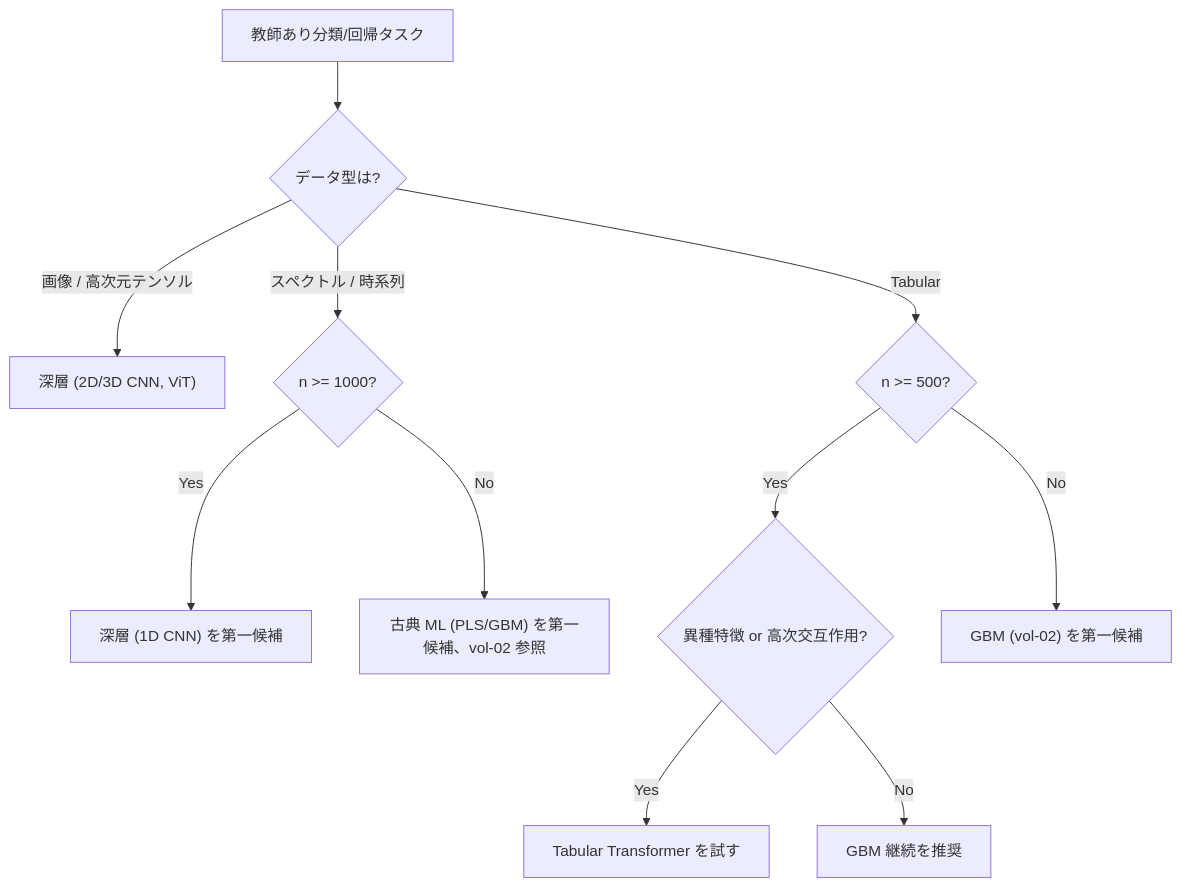
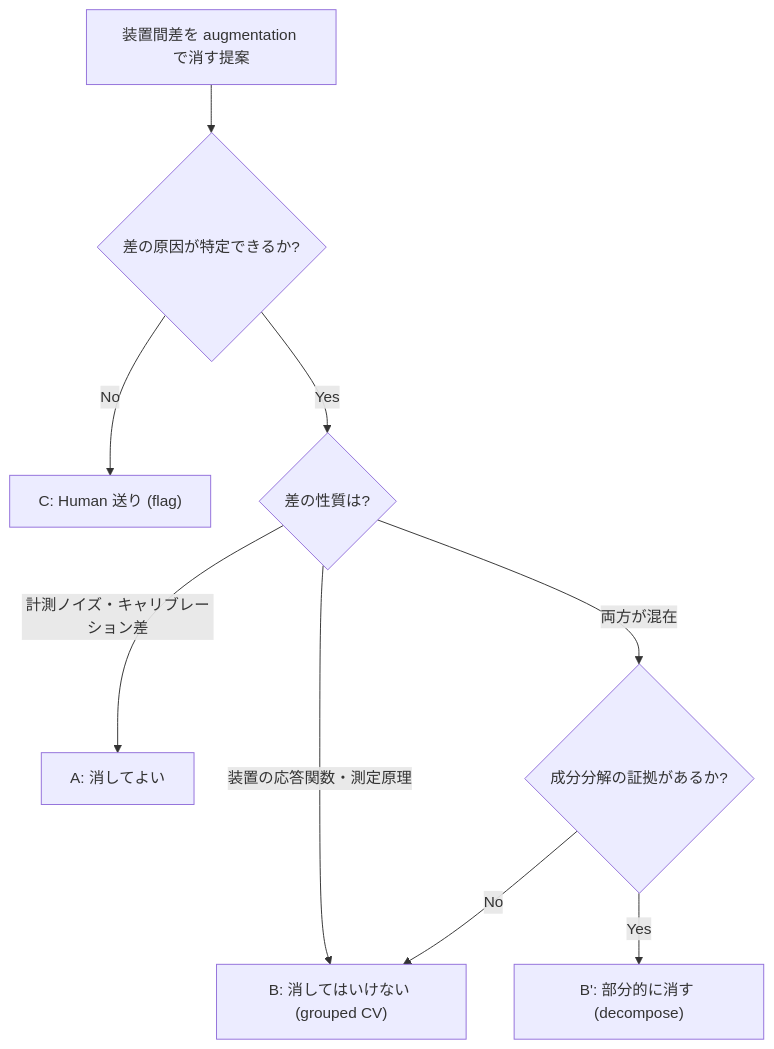
The diagram in papers/vol-03/chapter-06.md (nahisaho/ARIMAgentDataAnalysisBook), drawn with Mermaid before and after one commit. The commit also changed other lines of this file and 48 other files, not shown here.

First line of the commit message:
docs: renumber vol-02/03/05 chapters to start from 1 and refresh README

````diff
--- a/papers/vol-03/chapter-06.md
+++ b/papers/vol-03/chapter-06.md
@@ -51,13 +354,11 @@
 ```mermaid
 flowchart TD
-    START["教師あり分類/回帰タスク"] --> Q1{"データ型は?"}
-    Q1 -- "画像 / 高次元テンソル" --> D2["深層 (2D/3D CNN, ViT)"]
-    Q1 -- "スペクトル / 時系列" --> Q2{"n >= 1000?"}
-    Q1 -- "Tabular" --> Q3{"n >= 500?"}
-    Q2 -- "Yes" --> D1["深層 (1D CNN) を第一候補"]
-    Q2 -- "No" --> CM1["古典 ML (PLS/GBM) を第一候補、vol-02 参照"]
-    Q3 -- "Yes" --> Q4{"異種特徴 or 高次交互作用?"}
-    Q3 -- "No" --> CM2["GBM (vol-02) を第一候補"]
-    Q4 -- "Yes" --> D3["Tabular Transformer を試す"]
-    Q4 -- "No" --> CM3["GBM 継続を推奨"]
+    START["装置間差を augmentation で消す提案"] --> Q1{"差の原因が特定できるか?"}
+    Q1 -- "No" --> C["C: Human 送り (flag)"]
+    Q1 -- "Yes" --> Q2{"差の性質は?"}
+    Q2 -- "計測ノイズ・キャリブレーション差" --> A["A: 消してよい"]
+    Q2 -- "装置の応答関数・測定原理" --> B["B: 消してはいけない (grouped CV)"]
+    Q2 -- "両方が混在" --> Q3{"成分分解の証拠があるか?"}
+    Q3 -- "Yes" --> BP["B': 部分的に消す (decompose)"]
+    Q3 -- "No" --> B
 ```
````
